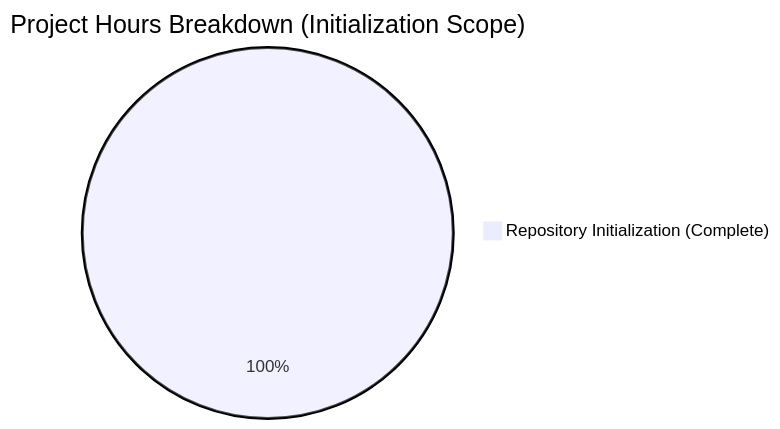
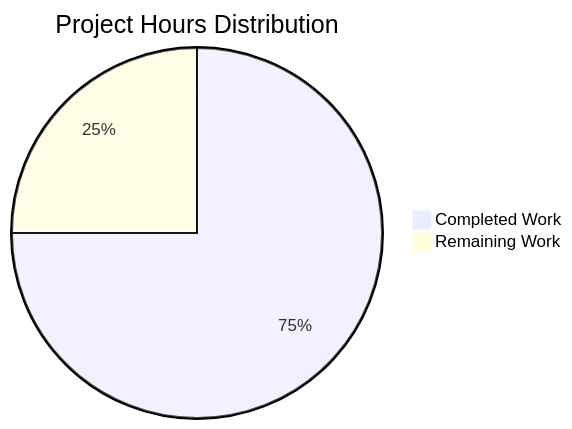
Before and after one commit to ankit-blitzy/test-repo: the diagram in blitzy/documentation/Project Guide.md, drawn with Mermaid. The commit also changed other lines of this file, not shown here.

Commit message:
Adding Blitzy Project Guide: Project Status and Human Tasks Remaining

````diff
--- a/blitzy/documentation/Project Guide.md
+++ b/blitzy/documentation/Project Guide.md
@@ -110,4 +96,5 @@
 ```mermaid
-pie title Project Hours Breakdown (Initialization Scope)
-    "Repository Initialization (Complete)" : 1
+pie title Project Hours Distribution
+    "Completed Work" : 60
+    "Remaining Work" : 20
 ```
````
